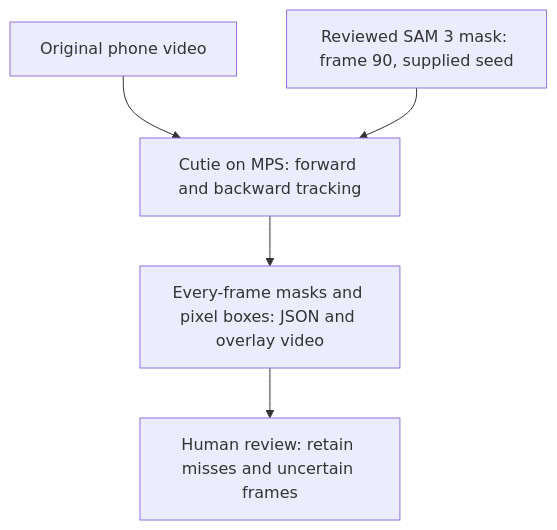
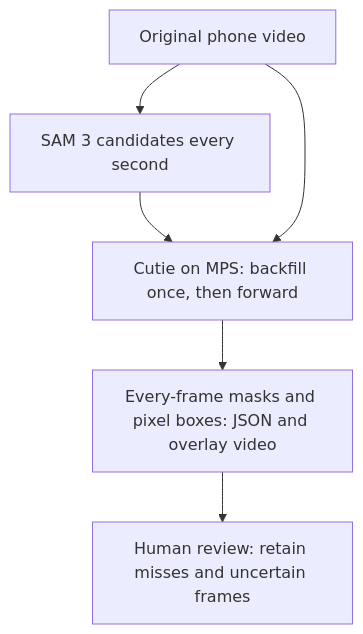
Before and after one commit to ericlabouve/too-much-trash: the diagram in ml/experiments/sam3/README.md, drawn with Mermaid. The commit also changed other lines of this file and 3 other files, not shown here.

Commit message:
Default SAM 3 anchored Cutie tracking to one backward pass

````diff
--- a/ml/experiments/sam3/README.md
+++ b/ml/experiments/sam3/README.md
@@ -297,7 +297,8 @@
 ```mermaid
 flowchart TD
-    V[Original phone video] --> C[Cutie on MPS: forward and backward tracking]
-    S[Reviewed SAM 3 mask: frame 90, supplied seed] --> C
+    V[Original phone video] --> S[SAM 3 candidates every second]
+    S --> C[Cutie on MPS: backfill once, then forward]
+    V --> C
     C --> O[Every-frame masks and pixel boxes: JSON and overlay video]
     O --> R[Human review: retain misses and uncertain frames]
 ```
````
